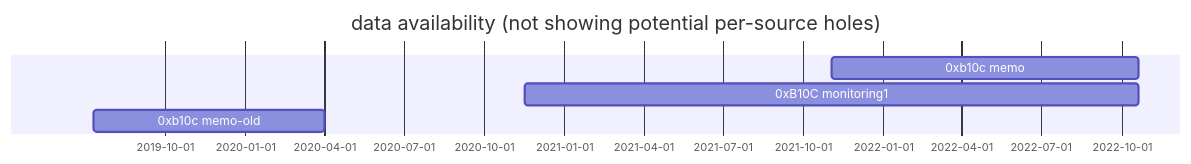
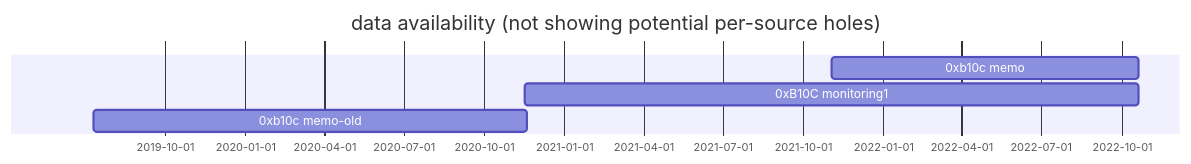
One commit to bitcoin-data/block-arrival-times changed the diagram in README.md. Above: the diagram before and after it, drawn with Mermaid. The commit also changed 1 other file, not shown here.

Commit message:
add: additional old mempool-observer timestamps

````diff
--- a/README.md
+++ b/README.md
@@ -46,11 +46,11 @@
 ```mermaid
 gantt
 dateFormat x
 title data availability (not showing potential per-source holes)
 todayMarker off
 
 0xb10c memo: 1635945250000, 1666268995000
 0xB10C monitoring1: 1605513978094, 1666260553663
-0xb10c memo-old: 1562848974000, 1585739362000
+0xb10c memo-old: 1562848974000, 1605772694000
 
 ```
````
